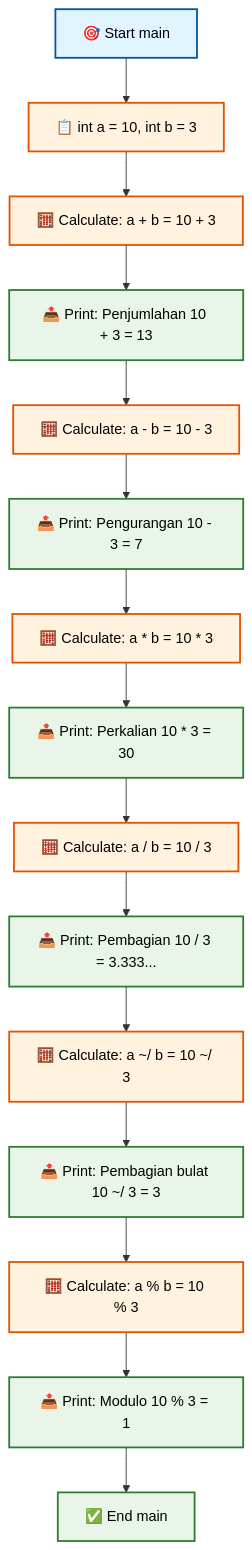
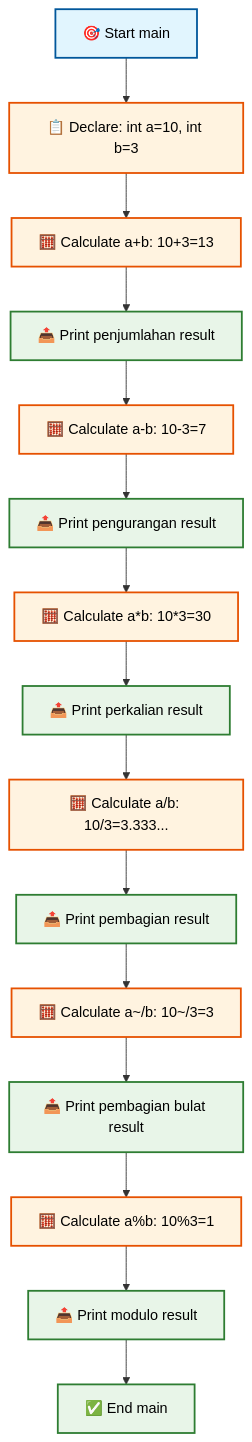
The first of 15 diagrams in minggu2.md (antonprafanto/flutter), drawn with Mermaid before and after one commit. The commit also changed other lines of this file, not shown here.

````diff
--- a/minggu2.md
+++ b/minggu2.md
@@ -54,33 +54,33 @@
 ```mermaid
 flowchart TD
-    A[🎯 Start main] --> B[📋 int a = 10, int b = 3]
-    B --> C[🧮 Calculate: a + b = 10 + 3]
-    C --> D[📤 Print: Penjumlahan 10 + 3 = 13]
-    D --> E[🧮 Calculate: a - b = 10 - 3]
-    E --> F[📤 Print: Pengurangan 10 - 3 = 7]
-    F --> G[🧮 Calculate: a * b = 10 * 3]
-    G --> H[📤 Print: Perkalian 10 * 3 = 30]
-    H --> I[🧮 Calculate: a / b = 10 / 3]
-    I --> J[📤 Print: Pembagian 10 / 3 = 3.333...]
-    J --> K[🧮 Calculate: a ~/ b = 10 ~/ 3]
-    K --> L[📤 Print: Pembagian bulat 10 ~/ 3 = 3]
-    L --> M[🧮 Calculate: a % b = 10 % 3]
-    M --> N[📤 Print: Modulo 10 % 3 = 1]
+    A[🎯 Start main] --> B[📋 Declare: int a=10, int b=3]
+    B --> C[🧮 Calculate a+b: 10+3=13]
+    C --> D[📤 Print penjumlahan result]
+    D --> E[🧮 Calculate a-b: 10-3=7]
+    E --> F[📤 Print pengurangan result]
+    F --> G[🧮 Calculate a*b: 10*3=30]
+    G --> H[📤 Print perkalian result]
+    H --> I[🧮 Calculate a/b: 10/3=3.333...]
+    I --> J[📤 Print pembagian result]
+    J --> K[🧮 Calculate a~/b: 10~/3=3]
+    K --> L[📤 Print pembagian bulat result]
+    L --> M[🧮 Calculate a%b: 10%3=1]
+    M --> N[📤 Print modulo result]
     N --> O[✅ End main]
     
     style A fill:#e1f5fe,stroke:#01579b,stroke-width:2px,color:#000
     style B fill:#fff3e0,stroke:#e65100,stroke-width:2px,color:#000
     style C fill:#fff3e0,stroke:#e65100,stroke-width:2px,color:#000
     style D fill:#e8f5e8,stroke:#2e7d32,stroke-width:2px,color:#000
     style E fill:#fff3e0,stroke:#e65100,stroke-width:2px,color:#000
     style F fill:#e8f5e8,stroke:#2e7d32,stroke-width:2px,color:#000
     style G fill:#fff3e0,stroke:#e65100,stroke-width:2px,color:#000
     style H fill:#e8f5e8,stroke:#2e7d32,stroke-width:2px,color:#000
     style I fill:#fff3e0,stroke:#e65100,stroke-width:2px,color:#000
     style J fill:#e8f5e8,stroke:#2e7d32,stroke-width:2px,color:#000
     style K fill:#fff3e0,stroke:#e65100,stroke-width:2px,color:#000
     style L fill:#e8f5e8,stroke:#2e7d32,stroke-width:2px,color:#000
     style M fill:#fff3e0,stroke:#e65100,stroke-width:2px,color:#000
     style N fill:#e8f5e8,stroke:#2e7d32,stroke-width:2px,color:#000
     style O fill:#e8f5e8,stroke:#2e7d32,stroke-width:2px,color:#000
 ```
````
